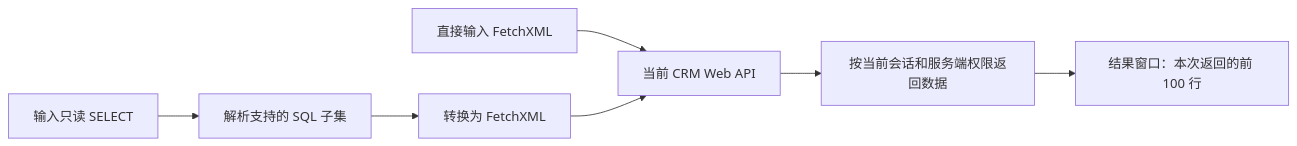
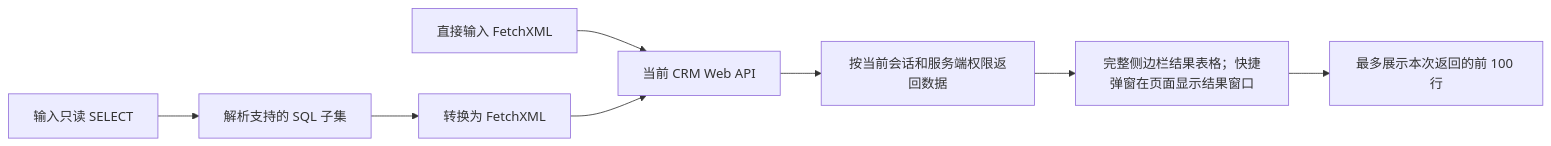
One commit to Kenny-666/Power-Platform-Tool-Kit changed the fourth of 5 diagrams in README.md. Above: the diagram before and after it, drawn with Mermaid. The commit also changed other lines of this file, not shown here.

````diff
--- a/README.md
+++ b/README.md
@@ -546,9 +546,10 @@
 ```mermaid
 flowchart LR
     A["输入只读 SELECT"] --> B["解析支持的 SQL 子集"]
     B --> C["转换为 FetchXML"]
     D["直接输入 FetchXML"] --> E["当前 CRM Web API"]
     C --> E
     E --> F["按当前会话和服务端权限返回数据"]
-    F --> G["结果窗口：本次返回的前 100 行"]
+    F --> G["完整侧边栏结果表格；快捷弹窗在页面显示结果窗口"]
+    G --> H["最多展示本次返回的前 100 行"]
 ```
````
